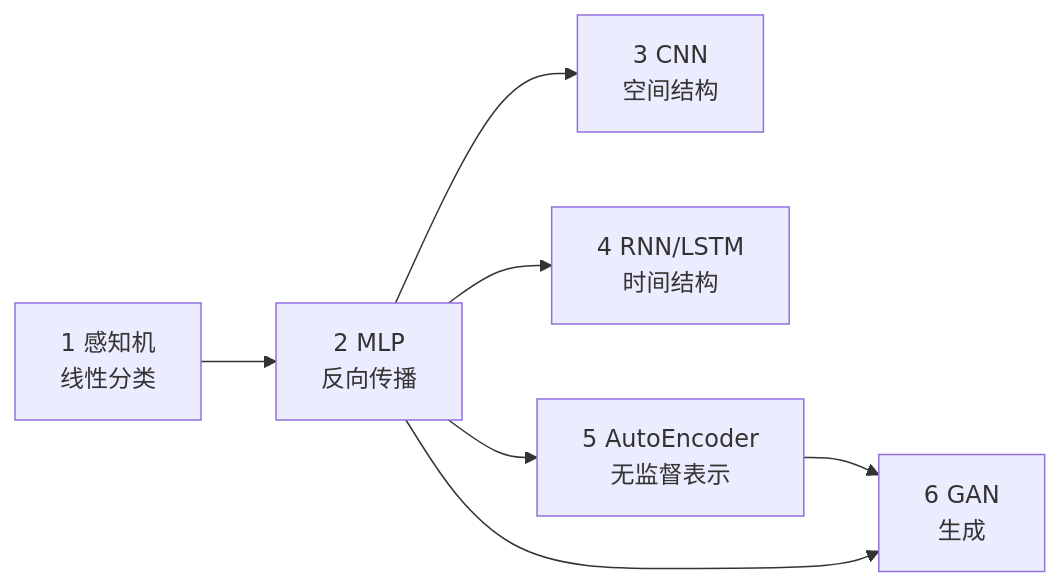
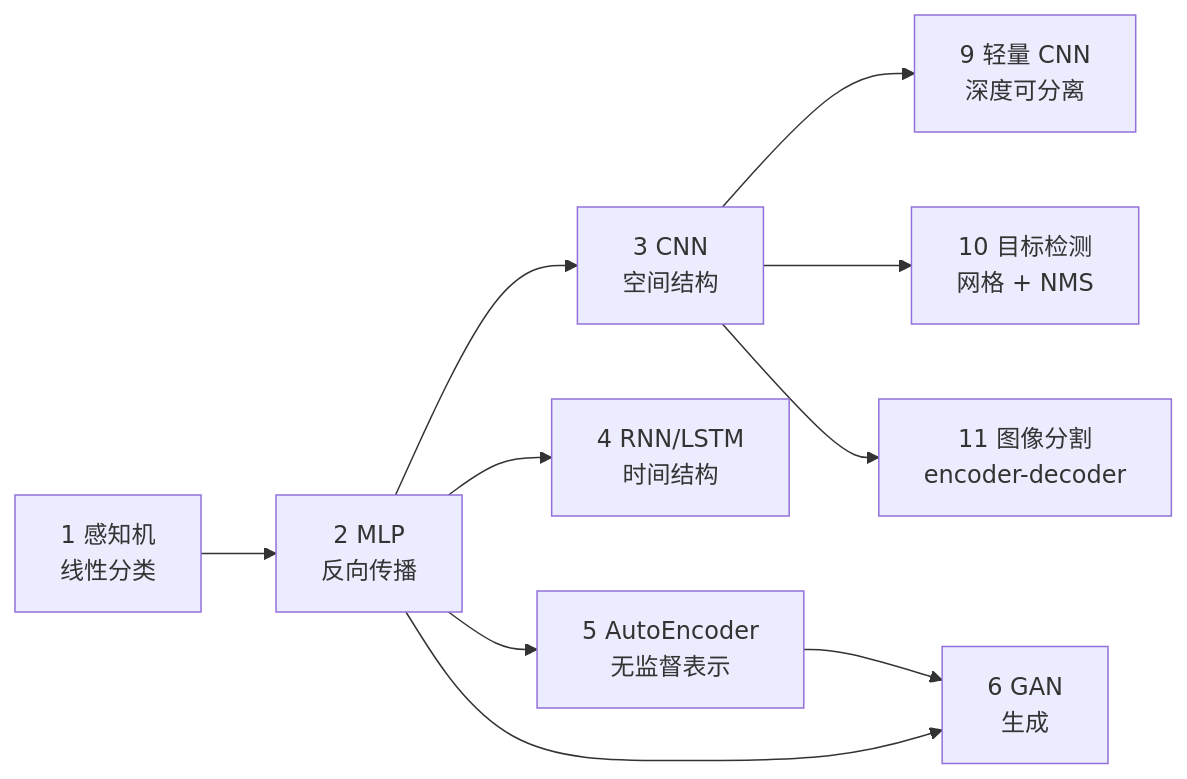
One commit to Mosslau/Mosaic changed the diagram in algorithms/p03-deep-learning/README.md. Above: the diagram before and after it, drawn with Mermaid. The commit also changed other lines of this file and 102 other files, not shown here.

````diff
--- a/algorithms/p03-deep-learning/README.md
+++ b/algorithms/p03-deep-learning/README.md
@@ -34,9 +37,12 @@
 ```mermaid
 flowchart LR
     P["1 感知机<br/>线性分类"] --> M["2 MLP<br/>反向传播"]
     M --> C["3 CNN<br/>空间结构"]
+    C --> L["9 轻量 CNN<br/>深度可分离"]
+    C --> D["10 目标检测<br/>网格 + NMS"]
+    C --> S["11 图像分割<br/>encoder-decoder"]
     M --> R["4 RNN/LSTM<br/>时间结构"]
     M --> A["5 AutoEncoder<br/>无监督表示"]
     A --> G["6 GAN<br/>生成"]
     M --> G
 ```
````
